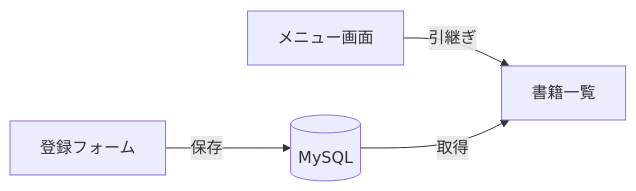
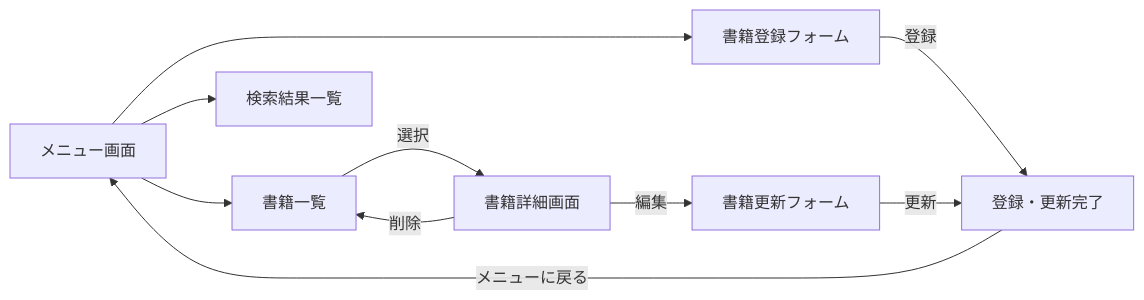
The second of 7 diagrams in docs/Comprehensive_Design_Specification.md (juyeongjung1/springboot_personal_practice), drawn with Mermaid before and after one commit. The commit also changed other lines of this file and 14 other files, not shown here.

Commit message:
全体設計書の修正：画面遷移図の正確性向上、不足スクリーンショット（各章の全画面）の追加、および用語の適正化。

````diff
--- a/docs/Comprehensive_Design_Specification.md
+++ b/docs/Comprehensive_Design_Specification.md
@@ -35,6 +40,12 @@
 ```mermaid
 graph LR
-    Menu[メニュー画面] -- 引継ぎ --> List[書籍一覧]
-    Form[登録フォーム] -- 保存 --> DB[(MySQL)]
-    DB -- 取得 --> List
+    Menu[メニュー画面] --> List[書籍一覧]
+    Menu --> Form[書籍登録フォーム]
+    Menu --> Search[検索結果一覧]
+    List -- 選択 --> Detail[書籍詳細画面]
+    Detail -- 編集 --> Update[書籍更新フォーム]
+    Detail -- 削除 --> List
+    Form -- 登録 --> Confirm[登録・更新完了]
+    Update -- 更新 --> Confirm
+    Confirm -- メニューに戻る --> Menu
 ```
````
